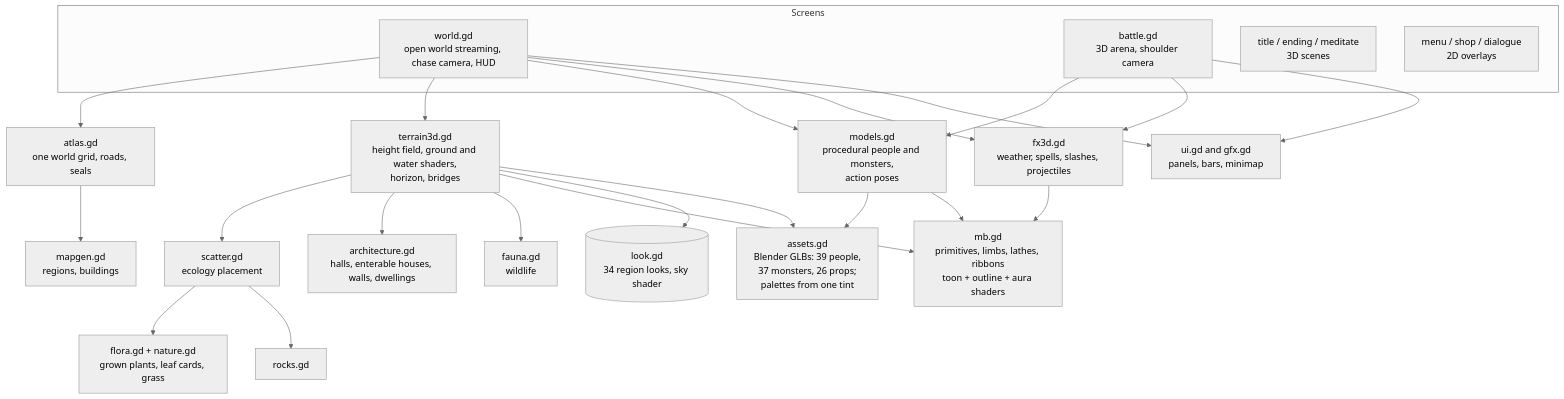
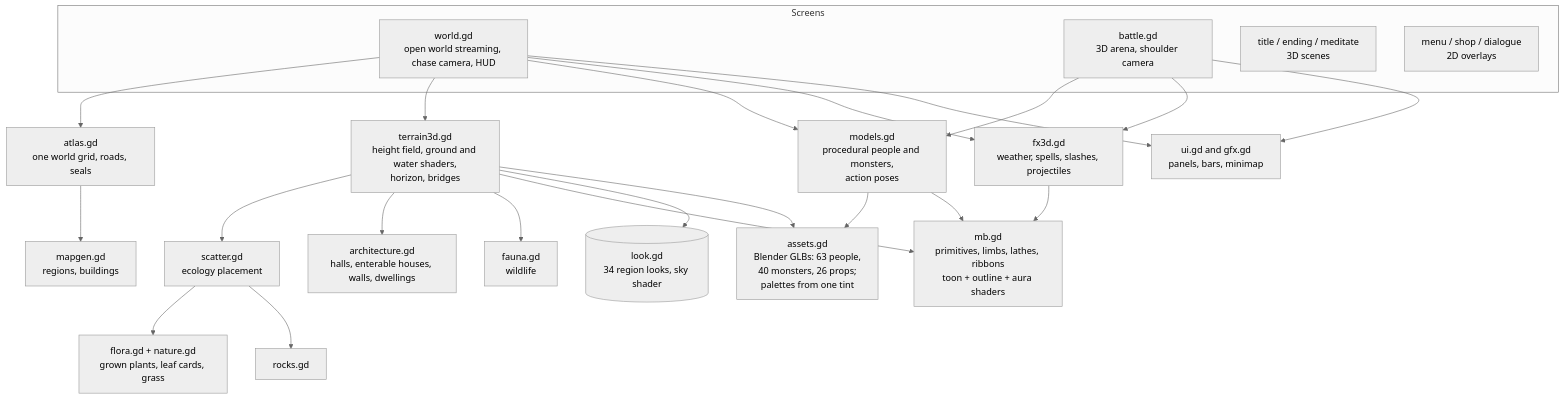
One commit to jgyy/timegox changed diagram 14 of 15 in README.md. Above: the diagram before and after it, drawn with Mermaid (neutral theme). The commit also changed other lines of this file and 231 other files, not shown here.

````diff
--- a/README.md
+++ b/README.md
@@ -611,29 +758,29 @@
 ```mermaid
 flowchart TD
     subgraph Screens
         W[world.gd<br/>open world streaming, chase camera, HUD]
         B[battle.gd<br/>3D arena, shoulder camera]
         T[title / ending / meditate<br/>3D scenes]
         M[menu / shop / dialogue<br/>2D overlays]
     end
     W --> ATL[atlas.gd<br/>one world grid, roads, seals]
     ATL --> MG2[mapgen.gd<br/>regions, buildings]
     W --> TER[terrain3d.gd<br/>height field, ground and water shaders,<br/>horizon, bridges]
     TER --> SC[scatter.gd<br/>ecology placement]
     SC --> FL[flora.gd + nature.gd<br/>grown plants, leaf cards, grass]
     SC --> RK[rocks.gd]
     TER --> ARC[architecture.gd<br/>halls, enterable houses, walls, dwellings]
     TER --> FA[fauna.gd<br/>wildlife]
     W --> MOD[models.gd<br/>procedural people and monsters,<br/>action poses]
-    MOD --> AS[assets.gd<br/>Blender GLBs: 39 people,<br/>37 monsters, 26 props;<br/>palettes from one tint]
+    MOD --> AS[assets.gd<br/>Blender GLBs: 63 people,<br/>40 monsters, 26 props;<br/>palettes from one tint]
     B --> MOD
     B --> FX[fx3d.gd<br/>weather, spells, slashes, projectiles]
     W --> FX
     TER --> MB[mb.gd<br/>primitives, limbs, lathes, ribbons<br/>toon + outline + aura shaders]
     MOD --> MB
     FX --> MB
     TER --> LK[(look.gd<br/>34 region looks, sky shader)]
     TER --> AS
     W --> UI[ui.gd and gfx.gd<br/>panels, bars, minimap]
     B --> UI
 ```
````
